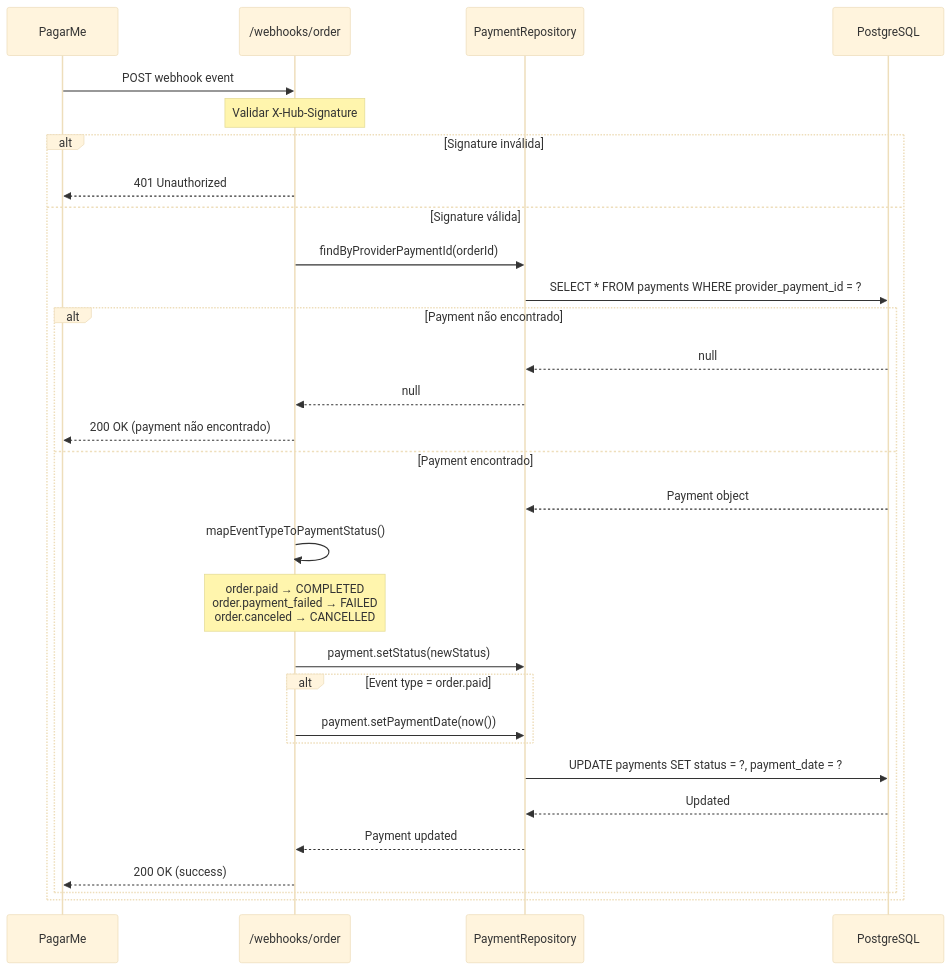
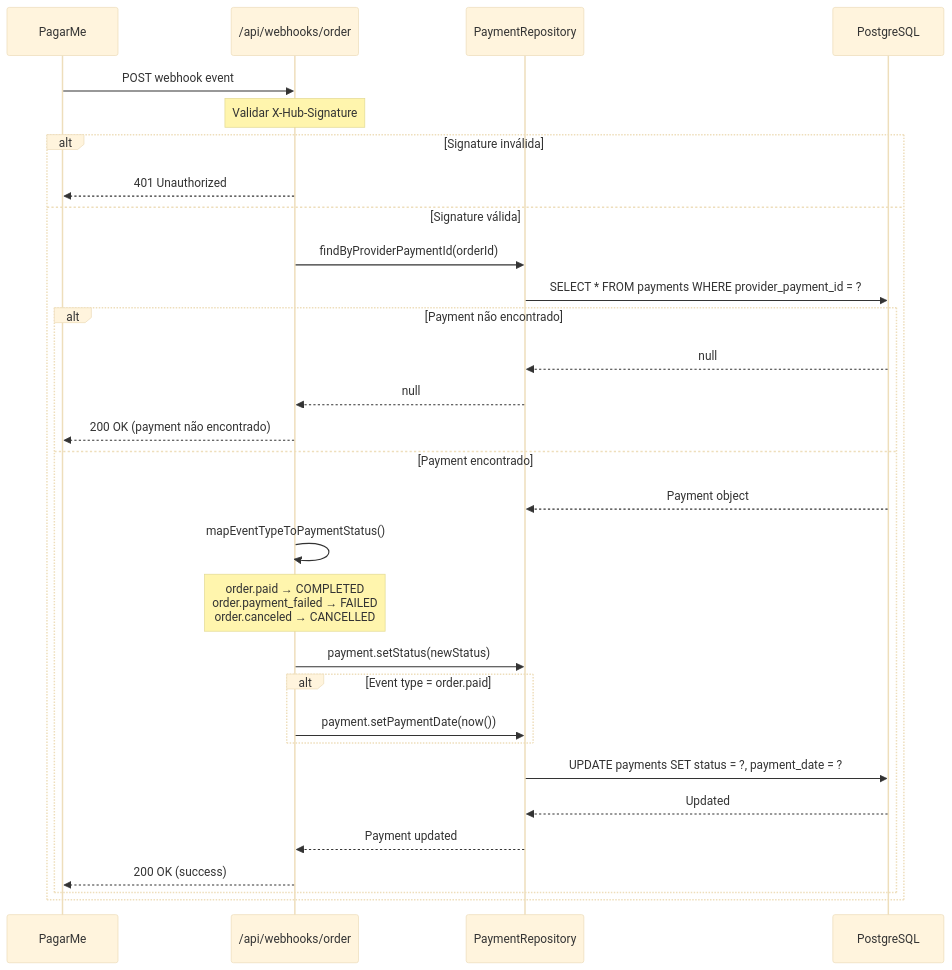
One commit to fabio1974/mvt-events changed the diagram in docs/WEBHOOK_ORDER_DOCUMENTATION.md. Above: the diagram before and after it, drawn with Mermaid (base theme). The commit also changed other lines of this file and 1 other file, not shown here.

Commit message:
fix: correct webhook path to /api/webhooks/order (follow app pattern)

````diff
--- a/docs/WEBHOOK_ORDER_DOCUMENTATION.md
+++ b/docs/WEBHOOK_ORDER_DOCUMENTATION.md
@@ -129,40 +129,40 @@
 ```mermaid
 sequenceDiagram
     participant PagarMe
-    participant Webhook as /webhooks/order
+    participant Webhook as /api/webhooks/order
     participant Service as PaymentRepository
     participant DB as PostgreSQL
 
     PagarMe->>Webhook: POST webhook event
     Note over Webhook: Validar X-Hub-Signature
     
     alt Signature inválida
         Webhook-->>PagarMe: 401 Unauthorized
     else Signature válida
         Webhook->>Service: findByProviderPaymentId(orderId)
         Service->>DB: SELECT * FROM payments WHERE provider_payment_id = ?
         
         alt Payment não encontrado
             DB-->>Service: null
             Service-->>Webhook: null
             Webhook-->>PagarMe: 200 OK (payment não encontrado)
         else Payment encontrado
             DB-->>Service: Payment object
             
             Webhook->>Webhook: mapEventTypeToPaymentStatus()
             Note over Webhook: order.paid → COMPLETED<br/>order.payment_failed → FAILED<br/>order.canceled → CANCELLED
             
             Webhook->>Service: payment.setStatus(newStatus)
             
             alt Event type = order.paid
                 Webhook->>Service: payment.setPaymentDate(now())
             end
             
             Service->>DB: UPDATE payments SET status = ?, payment_date = ?
             DB-->>Service: Updated
             Service-->>Webhook: Payment updated
             
             Webhook-->>PagarMe: 200 OK (success)
         end
     end
 ```
````
